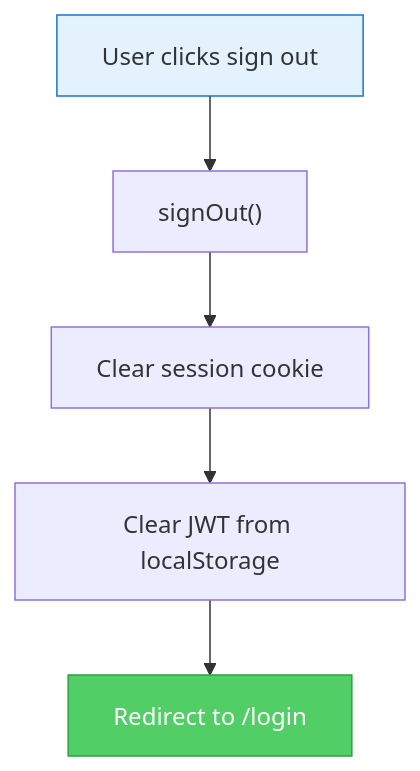
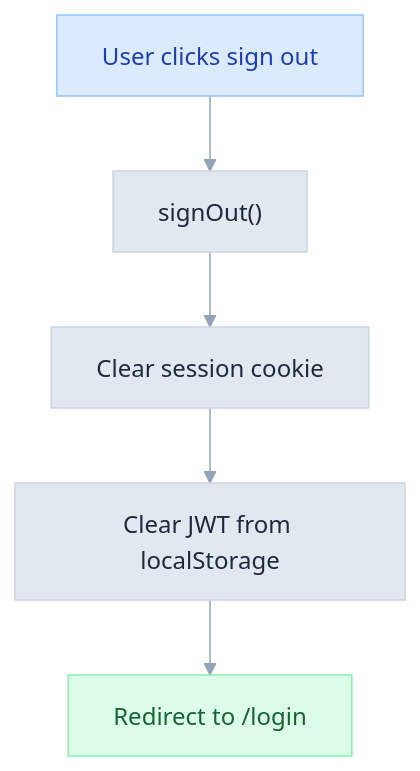
The fifth of 5 diagrams in doc/authentication-guide.md (3DHDSoft/devmultiplier-academy), drawn with Mermaid before and after one commit. The commit also changed other lines of this file and 19 other files, not shown here.

````diff
--- a/doc/authentication-guide.md
+++ b/doc/authentication-guide.md
@@ -236,10 +276,20 @@
 ```mermaid
-flowchart TD
+%%{init: {'theme': 'base', 'themeVariables': {
+  'primaryColor': '#e2e8f0',
+  'primaryTextColor': '#1e293b',
+  'primaryBorderColor': '#cbd5e1',
+  'lineColor': '#94a3b8',
+  'secondaryColor': '#f1f5f9',
+  'tertiaryColor': '#f8fafc',
+  'background': '#ffffff',
+  'textColor': '#334155',
+  'fontFamily': 'system-ui, -apple-system, sans-serif'
+}}}%%flowchart TD
     A["User clicks sign out"] --> B["signOut()"]
     B --> C["Clear session cookie"]
     C --> D["Clear JWT from localStorage"]
     D --> E["Redirect to /login"]
 
-    style A fill:#e3f2fd,stroke:#1976d2
-    style E fill:#51cf66,stroke:#2f9e44,color:#fff
+    style A fill:#dbeafe,stroke:#93c5fd,color:#1e40af
+    style E fill:#dcfce7,stroke:#86efac,color:#166534
 ```
````
